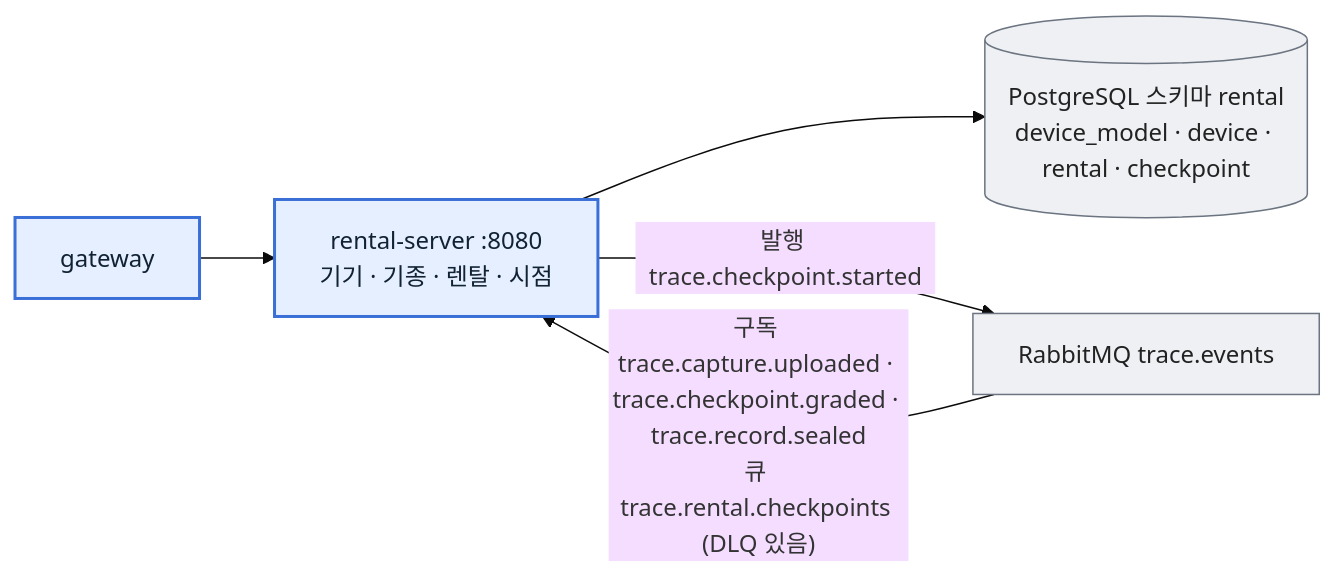
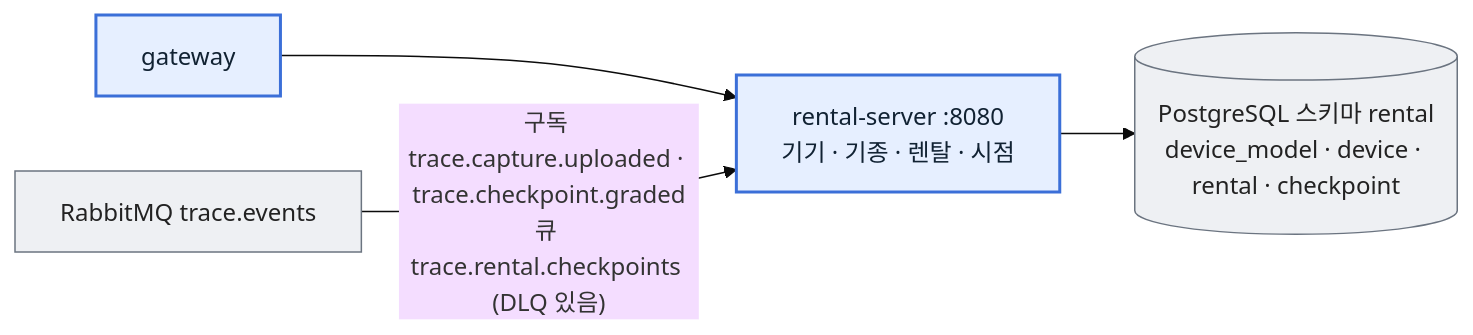
Before and after one commit to GAKDO/docs: the fourth of 7 diagrams in mvp/02-services.md, drawn with Mermaid (base theme). The commit also changed other lines of this file and 35 other files, not shown here.

````diff
--- a/mvp/02-services.md
+++ b/mvp/02-services.md
@@ -93,9 +86,8 @@
 ```mermaid
 flowchart LR
   classDef nophoto fill:#e6efff,stroke:#3b6fd8,stroke-width:2px,color:#123
   classDef infra fill:#eef0f3,stroke:#6b7480,color:#222
   gw["gateway"]:::nophoto --> r["rental-server :8080<br/>기기 · 기종 · 렌탈 · 시점"]:::nophoto
   r --> pg[("PostgreSQL 스키마 rental<br/>device_model · device · rental · checkpoint")]:::infra
-  r -->|"발행 trace.checkpoint.started"| mq["RabbitMQ trace.events"]:::infra
-  mq -->|"구독 trace.capture.uploaded · trace.checkpoint.graded · trace.record.sealed<br/>큐 trace.rental.checkpoints (DLQ 있음)"| r
+  mq["RabbitMQ trace.events"]:::infra -->|"구독 trace.capture.uploaded · trace.checkpoint.graded<br/>큐 trace.rental.checkpoints (DLQ 있음)"| r
 ```
````
